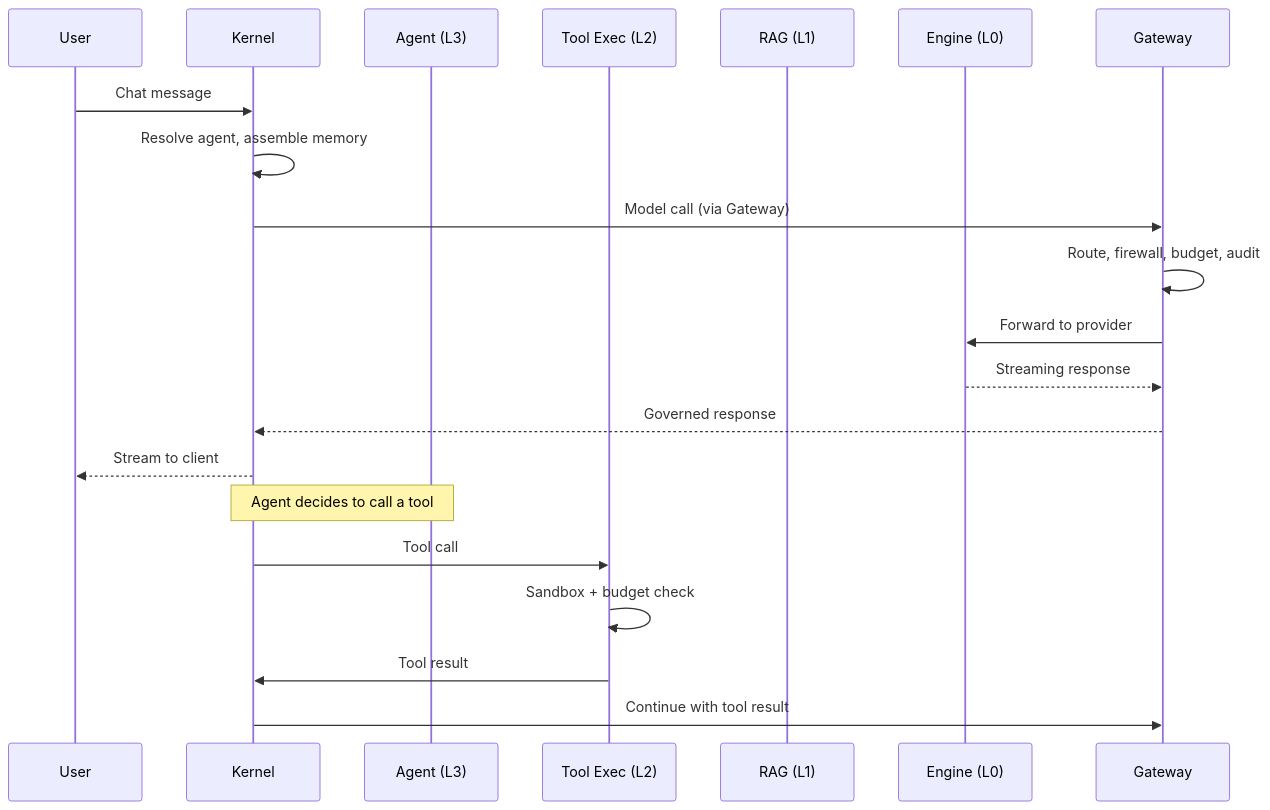
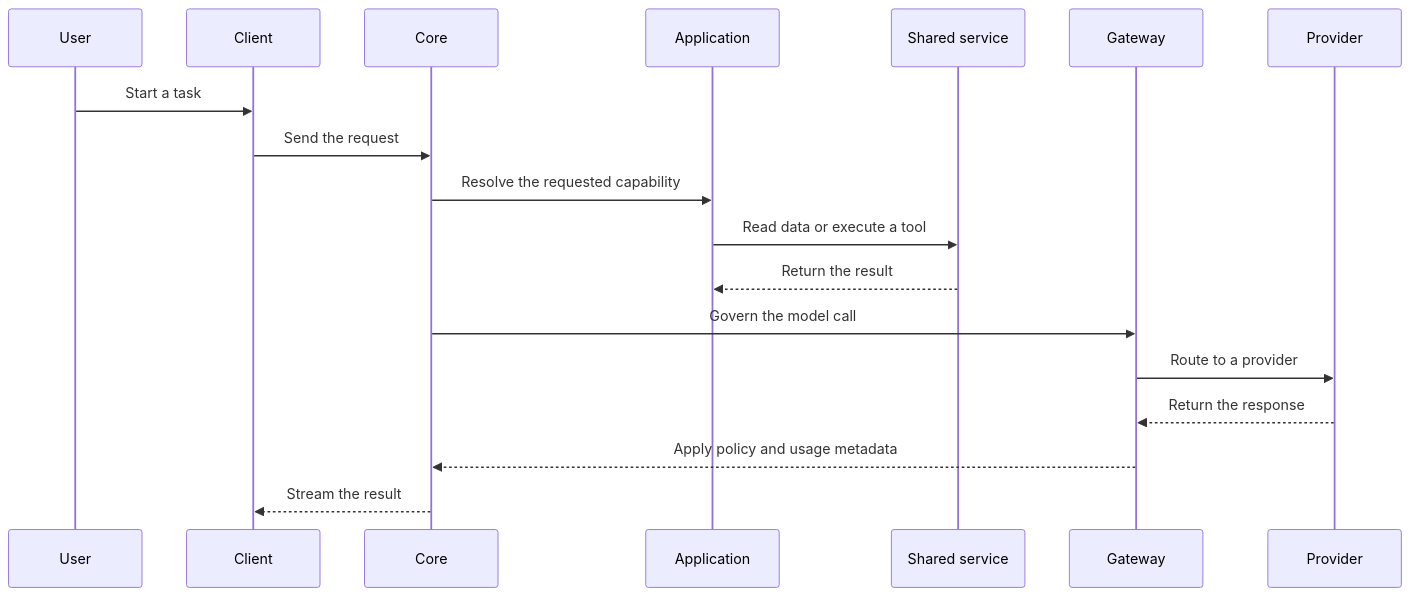
Before and after one commit to amajorai/ryu-docs: the second of 2 diagrams in content/docs/start-here/architecture/capability-layers.mdx, drawn with Mermaid. The commit also changed other lines of this file and 342 other files, not shown here.

````diff
--- a/content/docs/start-here/architecture/capability-layers.mdx
+++ b/content/docs/start-here/architecture/capability-layers.mdx
@@ -261,25 +35,21 @@
 ```mermaid
 sequenceDiagram
   participant U as User
-  participant K as Kernel
-  participant A as Agent (L3)
-  participant T as Tool Exec (L2)
-  participant R as RAG (L1)
-  participant E as Engine (L0)
+  participant C as Client
+  participant K as Core
+  participant A as Application
+  participant S as Shared service
   participant G as Gateway
+  participant P as Provider
 
-  U->>K: Chat message
-  K->>K: Resolve agent, assemble memory
-  K->>G: Model call (via Gateway)
-  G->>G: Route, firewall, budget, audit
-  G->>E: Forward to provider
-  E-->>G: Streaming response
-  G-->>K: Governed response
-  K-->>U: Stream to client
-
-  Note over K,A: Agent decides to call a tool
-  K->>T: Tool call
-  T->>T: Sandbox + budget check
-  T->>K: Tool result
-  K->>G: Continue with tool result
+  U->>C: Start a task
+  C->>K: Send the request
+  K->>A: Resolve the requested capability
+  A->>S: Read data or execute a tool
+  S-->>A: Return the result
+  K->>G: Govern the model call
+  G->>P: Route to a provider
+  P-->>G: Return the response
+  G-->>K: Apply policy and usage metadata
+  K-->>C: Stream the result
 ```
````
